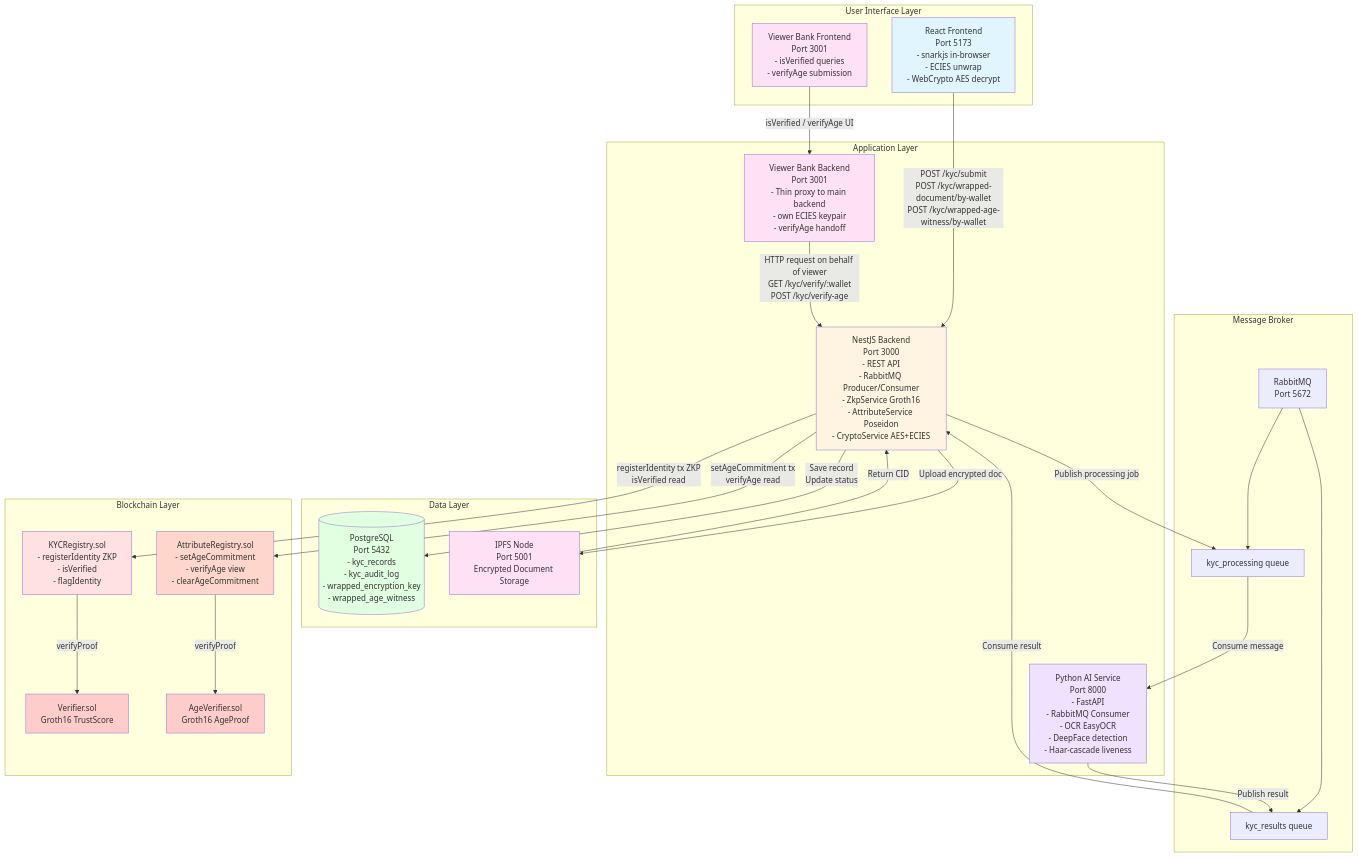
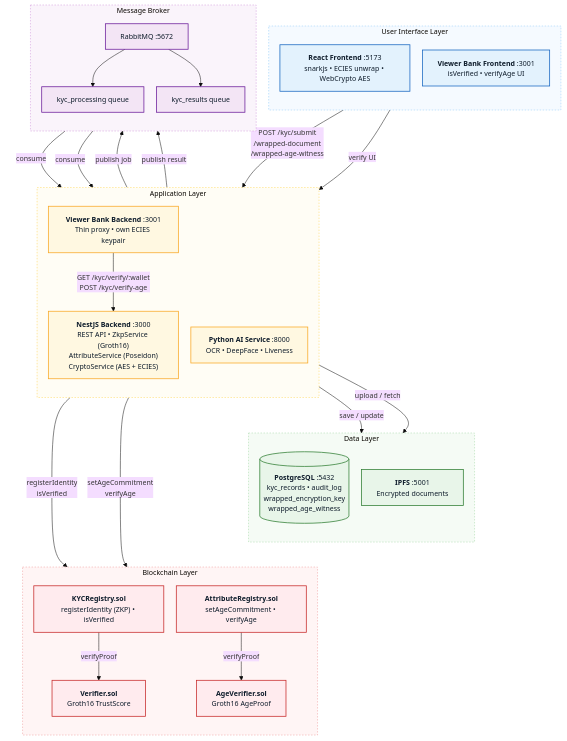
Before and after one commit to imanhmz/ekyc: the diagram in Thesis/Digrams/Architecture.md, drawn with Mermaid.

Commit message:
Revise architecture diagram with new components
Updated the architecture diagram to reflect changes in the routing of blockchain reads and added new components like AttributeRegistry and AgeVerifier.

````diff
--- a/Thesis/Digrams/Architecture.md
+++ b/Thesis/Digrams/Architecture.md
@@ -1,61 +1,78 @@
 ```mermaid
-%% MODIFIED_CLAUDE: viewer-bank backend now routes blockchain reads through the main backend instead of querying the chain directly; added AttributeRegistry/AgeVerifier; in-browser snarkjs + ECIES on the frontend.
+%%{init: {'theme':'base', 'themeVariables': {'fontSize':'14px', 'fontFamily':'Arial'}, 'flowchart': {'nodeSpacing':25, 'rankSpacing':50}}}%%
 graph TB
-      subgraph "User Interface Layer"
-          FE[React Frontend<br/>Port 5173<br/>- snarkjs in-browser<br/>- ECIES unwrap<br/>- WebCrypto AES decrypt]
-          VFE[Viewer Bank Frontend<br/>Port 3001<br/>- isVerified queries<br/>- verifyAge submission]
-      end
+    subgraph UI["User Interface Layer"]
+        direction TB
+        FE["<b>React Frontend</b> :5173<br/>snarkjs • ECIES unwrap • WebCrypto AES"]
+        VFE["<b>Viewer Bank Frontend</b> :3001<br/>isVerified • verifyAge UI"]
+    end
 
-      subgraph "Application Layer"
-          BE[NestJS Backend<br/>Port 3000<br/>- REST API<br/>- RabbitMQ Producer/Consumer<br/>- ZkpService Groth16<br/>- AttributeService Poseidon<br/>- CryptoService AES+ECIES]
-          AI[Python AI Service<br/>Port 8000<br/>- FastAPI<br/>- RabbitMQ Consumer<br/>- OCR EasyOCR<br/>- DeepFace detection<br/>- Haar-cascade liveness]
-          VBE[Viewer Bank Backend<br/>Port 3001<br/>- Thin proxy to main backend<br/>- own ECIES keypair<br/>- verifyAge handoff]
-      end
+    subgraph APP["Application Layer"]
+        direction TB
+        BE["<b>NestJS Backend</b> :3000<br/>REST API • ZkpService (Groth16)<br/>AttributeService (Poseidon)<br/>CryptoService (AES + ECIES)"]
+        AI["<b>Python AI Service</b> :8000<br/>OCR • DeepFace • Liveness"]
+        VBE["<b>Viewer Bank Backend</b> :3001<br/>Thin proxy • own ECIES keypair"]
+    end
 
-      subgraph "Message Broker"
-          MQ[RabbitMQ<br/>Port 5672]
-          Q1[kyc_processing queue]
-          Q2[kyc_results queue]
-          MQ --> Q1
-          MQ --> Q2
-      end
+    subgraph MB["Message Broker"]
+        direction TB
+        MQ["RabbitMQ :5672"]
+        Q1["kyc_processing queue"]
+        Q2["kyc_results queue"]
+        MQ --> Q1
+        MQ --> Q2
+    end
 
-      subgraph "Data Layer"
-          DB[(PostgreSQL<br/>Port 5432<br/>- kyc_records<br/>- kyc_audit_log<br/>- wrapped_encryption_key<br/>- wrapped_age_witness)]
-          IPFS[IPFS Node<br/>Port 5001<br/>Encrypted Document Storage]
-      end
+    subgraph DATA["Data Layer"]
+        direction TB
+        DB[("<b>PostgreSQL</b> :5432<br/>kyc_records • audit_log<br/>wrapped_encryption_key<br/>wrapped_age_witness")]
+        IPFS["<b>IPFS</b> :5001<br/>Encrypted documents"]
+    end
 
-      subgraph "Blockchain Layer"
-          KR[KYCRegistry.sol<br/>- registerIdentity ZKP<br/>- isVerified<br/>- flagIdentity]
-          AR[AttributeRegistry.sol<br/>- setAgeCommitment<br/>- verifyAge view<br/>- clearAgeCommitment]
-          V1[Verifier.sol<br/>Groth16 TrustScore]
-          V2[AgeVerifier.sol<br/>Groth16 AgeProof]
-      end
+    subgraph CHAIN["Blockchain Layer"]
+        direction TB
+        KR["<b>KYCRegistry.sol</b><br/>registerIdentity (ZKP) • isVerified"]
+        AR["<b>AttributeRegistry.sol</b><br/>setAgeCommitment • verifyAge"]
+        V1["<b>Verifier.sol</b><br/>Groth16 TrustScore"]
+        V2["<b>AgeVerifier.sol</b><br/>Groth16 AgeProof"]
+    end
 
-      FE -->|POST /kyc/submit<br/>POST /kyc/wrapped-document/by-wallet<br/>POST /kyc/wrapped-age-witness/by-wallet| BE
-      VFE -->|isVerified / verifyAge UI| VBE
-      VBE -->|HTTP request on behalf of viewer<br/>GET /kyc/verify/:wallet<br/>POST /kyc/verify-age| BE
-      BE -->|Save record<br/>Update status| DB
-      BE -->|Publish processing job| Q1
-      Q1 -->|Consume message| AI
-      AI -->|Publish result| Q2
-      Q2 -->|Consume result| BE
-      BE -->|Upload encrypted doc| IPFS
-      IPFS -->|Return CID| BE
-      BE -->|registerIdentity tx ZKP<br/>isVerified read| KR
-      BE -->|setAgeCommitment tx<br/>verifyAge read| AR
-      KR -->|verifyProof| V1
-      AR -->|verifyProof| V2
+    %% Invisible ordering — forces subgraphs to stack vertically
+    UI ~~~ APP
+    APP ~~~ MB
+    MB ~~~ DATA
+    DATA ~~~ CHAIN
 
-      style FE fill:#e1f5ff
-      style VFE fill:#ffe1f5
-      style BE fill:#fff4e1
-      style AI fill:#f0e1ff
-      style VBE fill:#ffe1f5
-      style DB fill:#e1ffe1
-      style IPFS fill:#ffe1f5
-      style KR fill:#ffe1e1
-      style AR fill:#ffd6cc
-      style V1 fill:#ffcccc
-      style V2 fill:#ffcccc
+    %% Visible connections
+    FE  -- "POST /kyc/submit<br/>/wrapped-document<br/>/wrapped-age-witness" --> BE
+    VFE -- "verify UI" --> VBE
+    VBE -- "GET /kyc/verify/:wallet<br/>POST /kyc/verify-age" --> BE
+    BE  -- "publish job" --> Q1
+    Q1  -- "consume" --> AI
+    AI  -- "publish result" --> Q2
+    Q2  -- "consume" --> BE
+    BE  -- "save / update" --> DB
+    BE  -- "upload / fetch" --> IPFS
+    BE  -- "registerIdentity<br/>isVerified" --> KR
+    BE  -- "setAgeCommitment<br/>verifyAge" --> AR
+    KR  -- "verifyProof" --> V1
+    AR  -- "verifyProof" --> V2
+
+    classDef ui    fill:#E3F2FD,stroke:#1565C0,stroke-width:1.5px,color:#0D1B2A
+    classDef app   fill:#FFF8E1,stroke:#F9A825,stroke-width:1.5px,color:#0D1B2A
+    classDef mq    fill:#F3E5F5,stroke:#6A1B9A,stroke-width:1.5px,color:#0D1B2A
+    classDef data  fill:#E8F5E9,stroke:#2E7D32,stroke-width:1.5px,color:#0D1B2A
+    classDef chain fill:#FFEBEE,stroke:#C62828,stroke-width:1.5px,color:#0D1B2A
+
+    class FE,VFE ui
+    class BE,AI,VBE app
+    class MQ,Q1,Q2 mq
+    class DB,IPFS data
+    class KR,AR,V1,V2 chain
+
+    style UI    fill:#F5FAFF,stroke:#90CAF9,stroke-dasharray:3 3
+    style APP   fill:#FFFDF5,stroke:#FFD54F,stroke-dasharray:3 3
+    style MB    fill:#FAF4FB,stroke:#CE93D8,stroke-dasharray:3 3
+    style DATA  fill:#F5FBF5,stroke:#A5D6A7,stroke-dasharray:3 3
+    style CHAIN fill:#FFF5F5,stroke:#EF9A9A,stroke-dasharray:3 3
 ```
````
